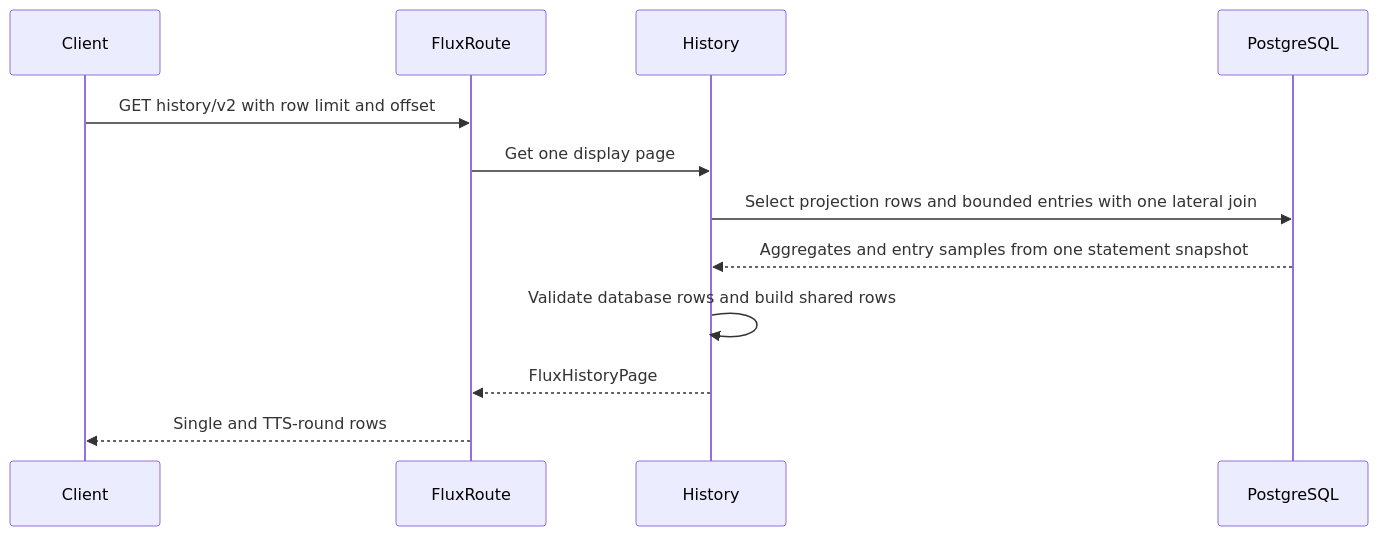
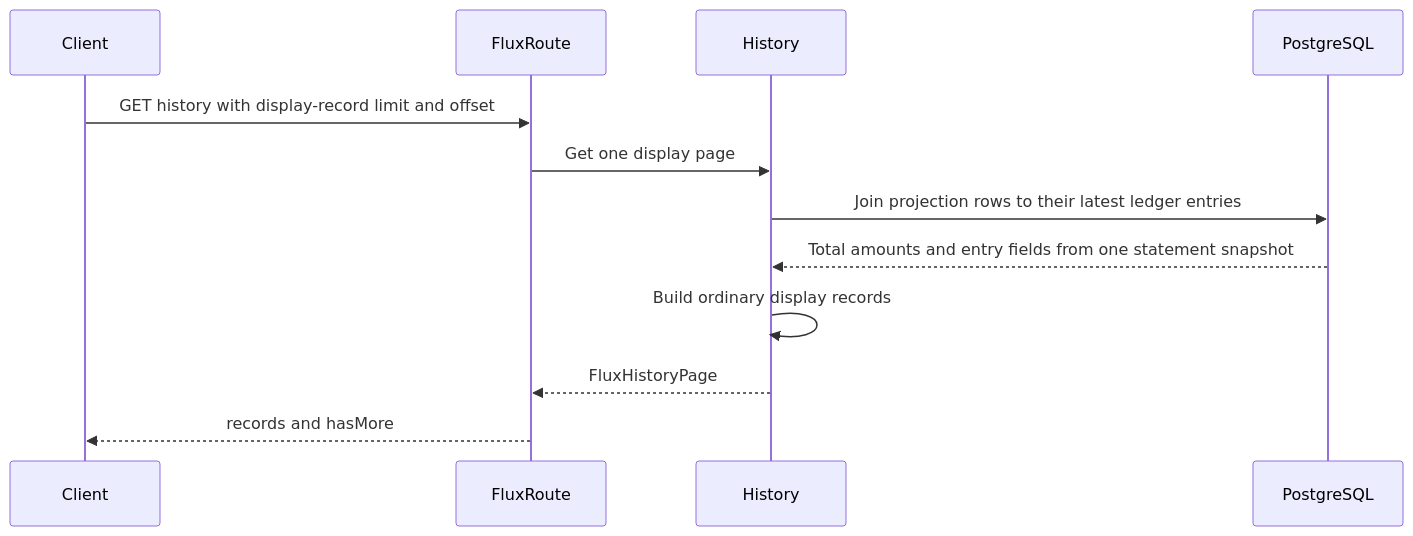
One commit to moeru-ai/airi changed the third of 3 diagrams in server/docs/ai/adr/2026-09-17-tts-flux-history-read-model.md. Above: the diagram before and after it, drawn with Mermaid. The commit also changed other lines of this file and 9 other files, not shown here.

Commit message:
fix(server): aggregate TTS charges in existing history API

````diff
--- a/server/docs/ai/adr/2026-09-17-tts-flux-history-read-model.md
+++ b/server/docs/ai/adr/2026-09-17-tts-flux-history-read-model.md
@@ -194,14 +195,14 @@
 ```mermaid
 sequenceDiagram
   participant Client
   participant FluxRoute
   participant History
   participant PostgreSQL
-  Client->>FluxRoute: GET history/v2 with row limit and offset
+  Client->>FluxRoute: GET history with display-record limit and offset
   FluxRoute->>History: Get one display page
-  History->>PostgreSQL: Select projection rows and bounded entries with one lateral join
-  PostgreSQL-->>History: Aggregates and entry samples from one statement snapshot
-  History->>History: Validate database rows and build shared rows
+  History->>PostgreSQL: Join projection rows to their latest ledger entries
+  PostgreSQL-->>History: Total amounts and entry fields from one statement snapshot
+  History->>History: Build ordinary display records
   History-->>FluxRoute: FluxHistoryPage
-  FluxRoute-->>Client: Single and TTS-round rows
+  FluxRoute-->>Client: records and hasMore
 ```
````
